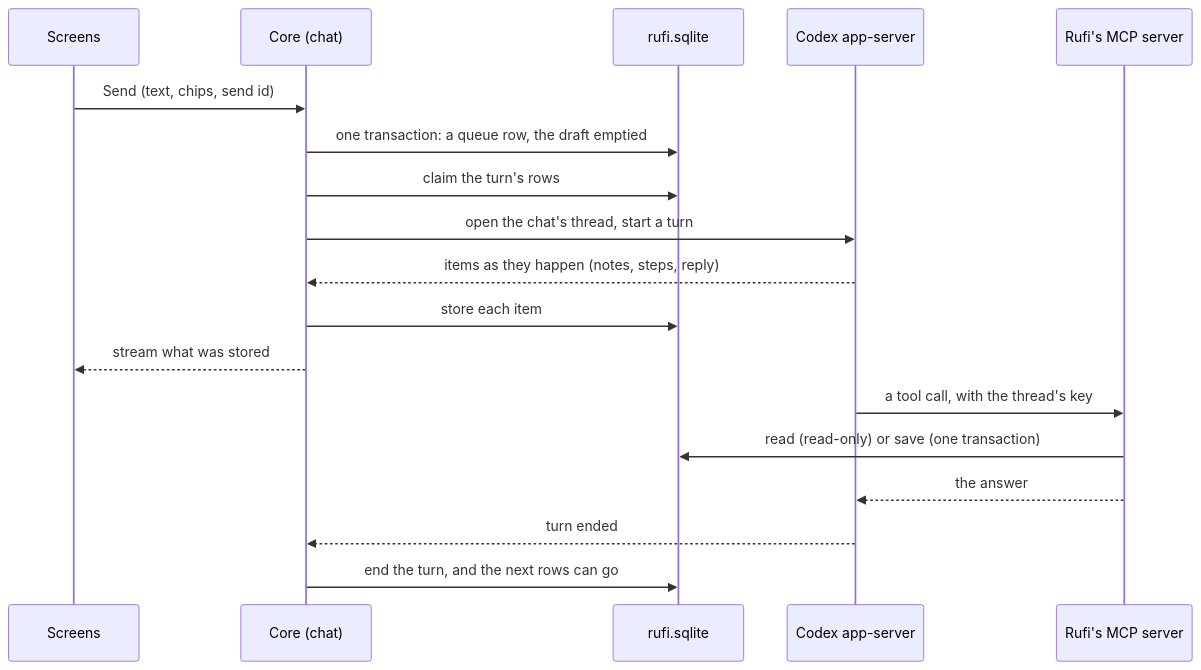
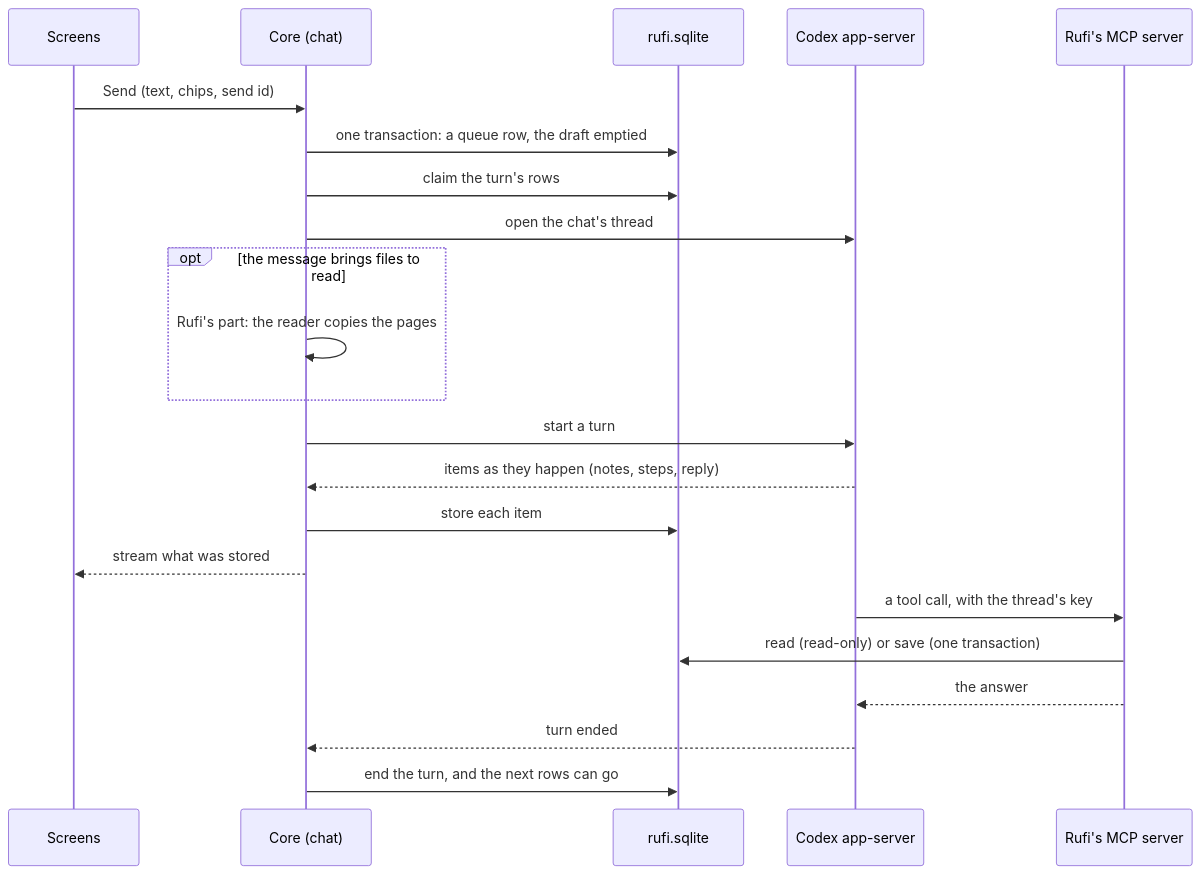
The second of 2 diagrams in docs/how-rufi-works.md (mahesh0431/rufi), drawn with Mermaid before and after one commit. The commit also changed other lines of this file and 83 other files, not shown here.

Commit message:
Files go through the chat and start on Send (#120)

````diff
--- a/docs/how-rufi-works.md
+++ b/docs/how-rufi-works.md
@@ -103,21 +104,25 @@
 ```mermaid
 sequenceDiagram
   participant S as Screens
   participant C as Core (chat)
   participant DB as rufi.sqlite
   participant X as Codex app-server
   participant M as Rufi's MCP server
 
   S->>C: Send (text, chips, send id)
   C->>DB: one transaction: a queue row, the draft emptied
   C->>DB: claim the turn's rows
-  C->>X: open the chat's thread, start a turn
+  C->>X: open the chat's thread
+  opt the message brings files to read
+    C->>C: Rufi's part: the reader copies the pages
+  end
+  C->>X: start a turn
   X-->>C: items as they happen (notes, steps, reply)
   C->>DB: store each item
   C-->>S: stream what was stored
   X->>M: a tool call, with the thread's key
   M->>DB: read (read-only) or save (one transaction)
   M-->>X: the answer
   X-->>C: turn ended
   C->>DB: end the turn, and the next rows can go
 ```
````
